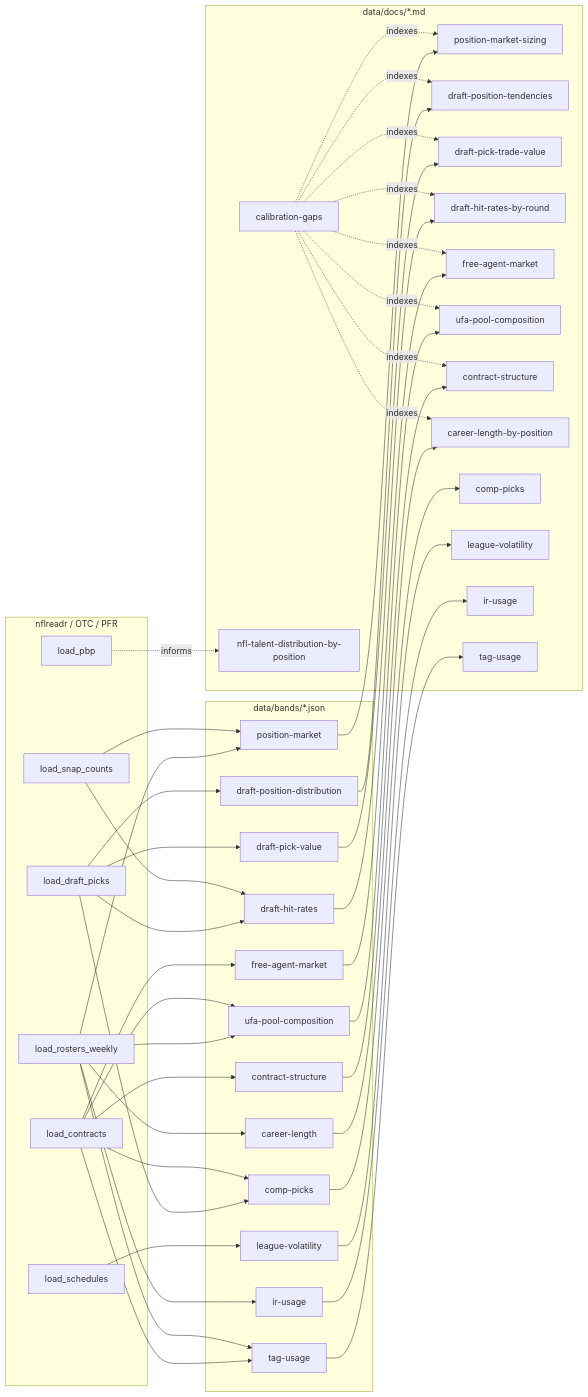
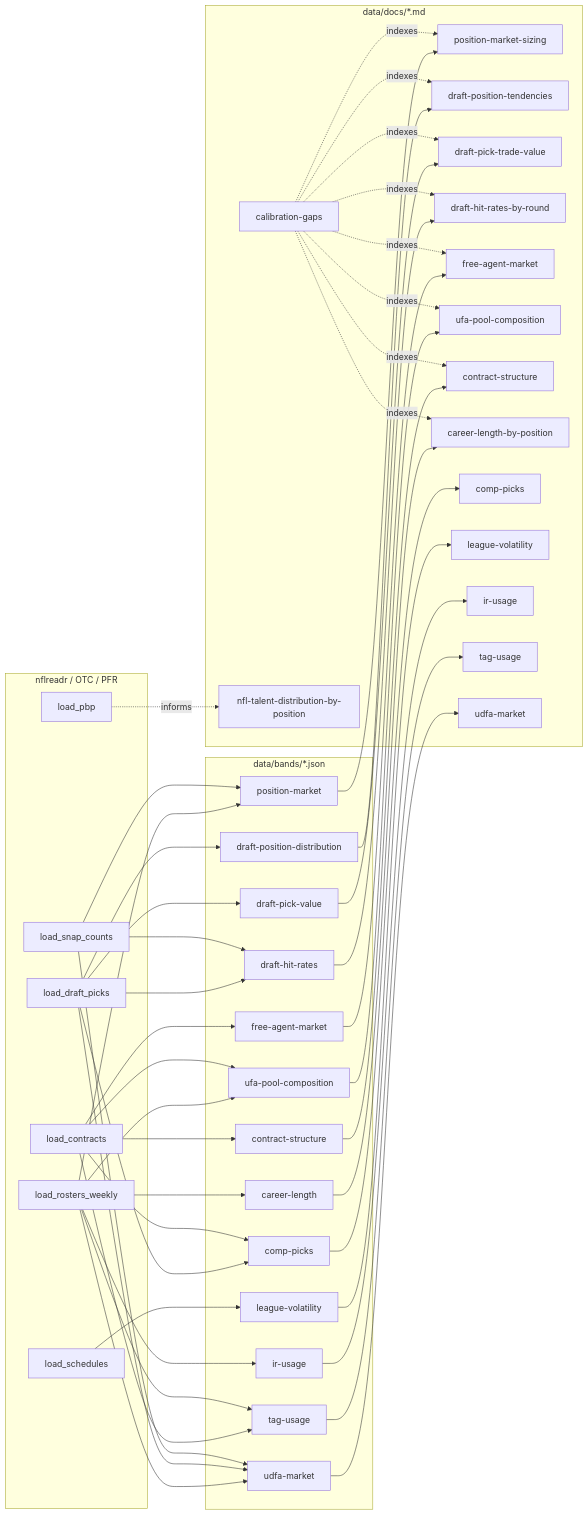
One commit to Tiernebre/zone-blitz changed the diagram in data/docs/README.md. Above: the diagram before and after it, drawn with Mermaid. The commit also changed other lines of this file and 4 other files, not shown here.

````diff
--- a/data/docs/README.md
+++ b/data/docs/README.md
@@ -15,64 +15,69 @@
 ```mermaid
 flowchart LR
     subgraph Sources["nflreadr / OTC / PFR"]
         PBP[load_pbp]
         ROS[load_rosters_weekly]
         SNAP[load_snap_counts]
         DRAFT[load_draft_picks]
         CTR[load_contracts]
         SCH[load_schedules]
     end
 
     subgraph Bands["data/bands/*.json"]
         B1[position-market]
         B2[draft-position-distribution]
         B3[draft-pick-value]
         B4[draft-hit-rates]
         B5[free-agent-market]
         B5b[ufa-pool-composition]
         B6[contract-structure]
         B7[career-length]
         B8[comp-picks]
         B9[league-volatility]
         B10[ir-usage]
         B11[tag-usage]
+        B12[udfa-market]
     end
 
     subgraph Docs["data/docs/*.md"]
         D0[calibration-gaps]
         D1[position-market-sizing]
         D2[draft-position-tendencies]
         D3[draft-pick-trade-value]
         D4[draft-hit-rates-by-round]
         D5[free-agent-market]
         D5b[ufa-pool-composition]
         D6[contract-structure]
         D7[career-length-by-position]
         D8[nfl-talent-distribution-by-position]
         D9[comp-picks]
         D10[league-volatility]
         D11[ir-usage]
         D12[tag-usage]
+        D13[udfa-market]
     end
 
     ROS --> B1 --> D1
     DRAFT --> B2 --> D2
     DRAFT --> B3 --> D3
     DRAFT --> B4 --> D4
     CTR --> B5 --> D5
     ROS --> B5b --> D5b
     CTR --> B5b
     CTR --> B6 --> D6
     ROS --> B7 --> D7
     DRAFT --> B8 --> D9
     CTR --> B8
     PBP -. informs .-> D8
     SNAP --> B1
     SNAP --> B4
     SCH --> B9 --> D10
     ROS --> B10 --> D11
     CTR --> B11 --> D12
     ROS --> B11
+    ROS --> B12 --> D13
+    DRAFT --> B12
+    SNAP --> B12
 
     D0 -. indexes .-> D1 & D2 & D3 & D4 & D5 & D5b & D6 & D7
 ```
````
